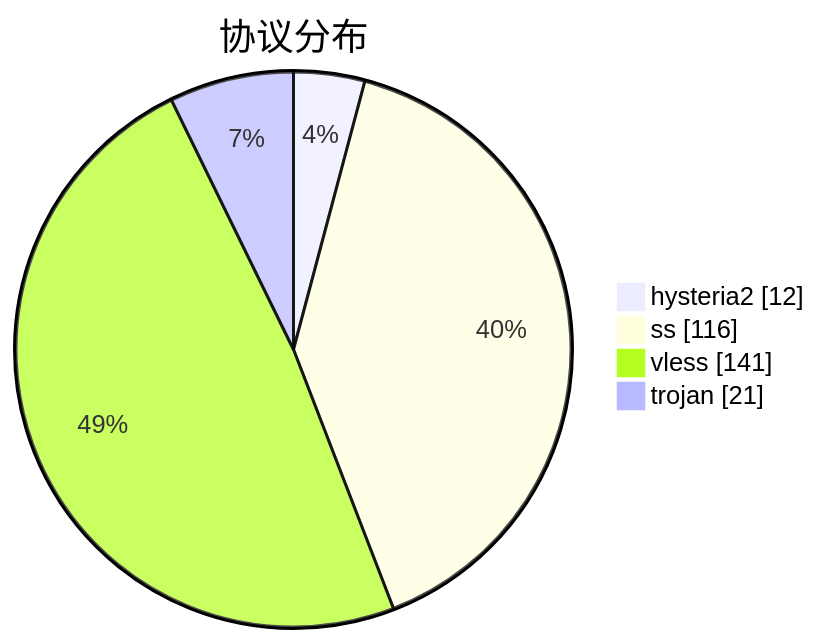
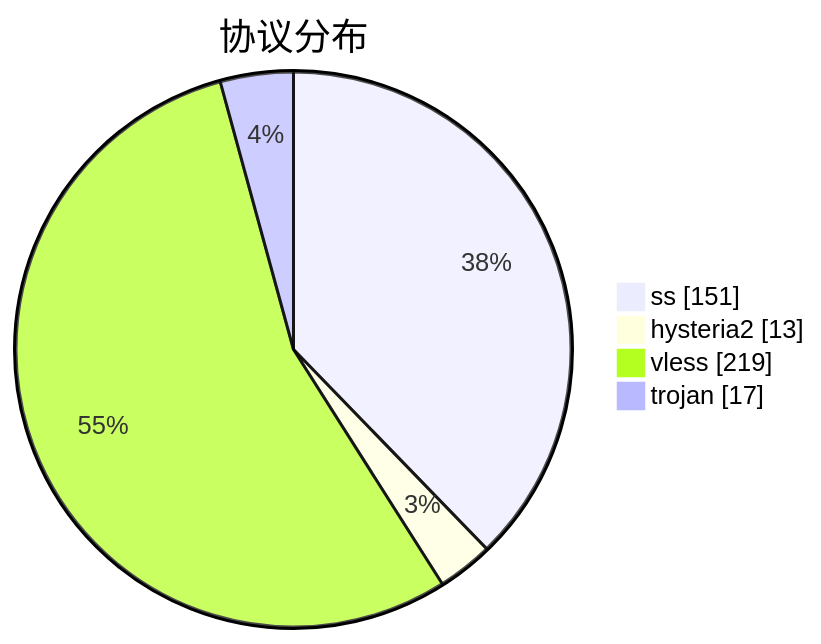
The third of 3 diagrams in subs/statistics/tested_within.md (qjlxg/airport), drawn with Mermaid before and after one commit. The commit also changed other lines of this file and 2 other files, not shown here.

````diff
--- a/subs/statistics/tested_within.md
+++ b/subs/statistics/tested_within.md
@@ -18,8 +18,8 @@
 ```mermaid
 pie showData
 title 协议分布
-"hysteria2" : 12
-"ss" : 116
-"vless" : 141
-"trojan" : 21
+"ss" : 151
+"hysteria2" : 13
+"vless" : 219
+"trojan" : 17
 ```
````
